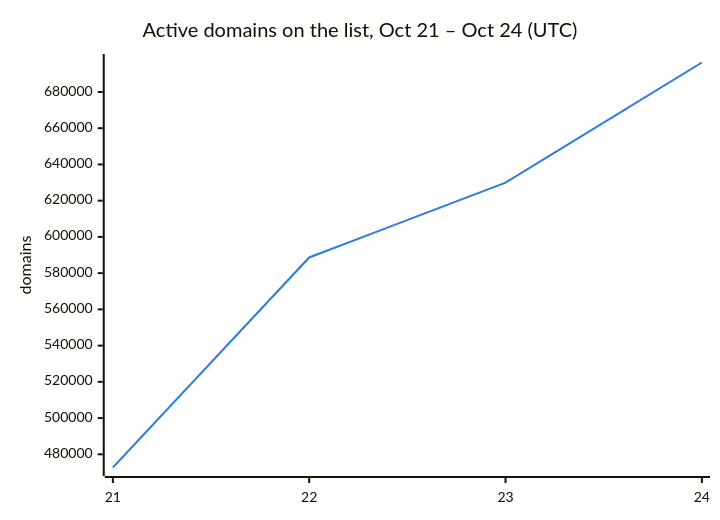
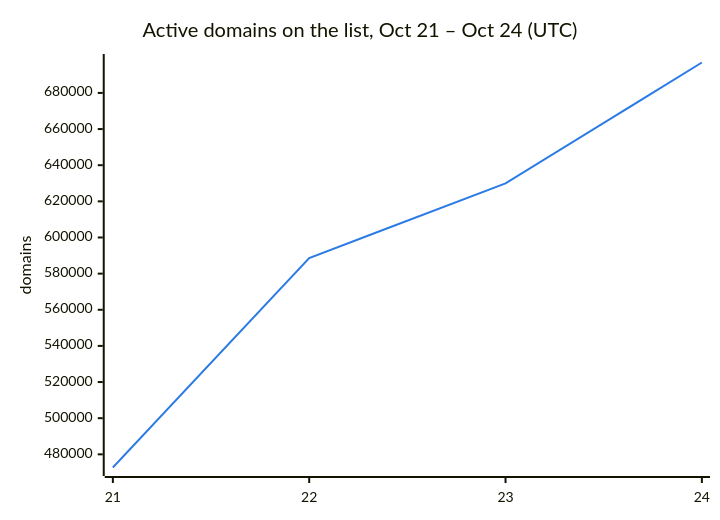
Before and after one commit to DNSBunker/CTI: the second of 3 diagrams in README.md, drawn with Mermaid. The commit also changed other lines of this file and 3 other files, not shown here.

````diff
--- a/README.md
+++ b/README.md
@@ -38,8 +38,8 @@
 ```mermaid
 %%{init: {"themeVariables": {"xyChart": {"plotColorPalette": "#2c7be5"}}}}%%
 xychart-beta
     title "Active domains on the list, Oct 21 – Oct 24 (UTC)"
     x-axis ["21", "22", "23", "24"]
     y-axis "domains"
-    line [472713, 588659, 629951, 696268]
+    line [472713, 588659, 629951, 696839]
 ```
````
